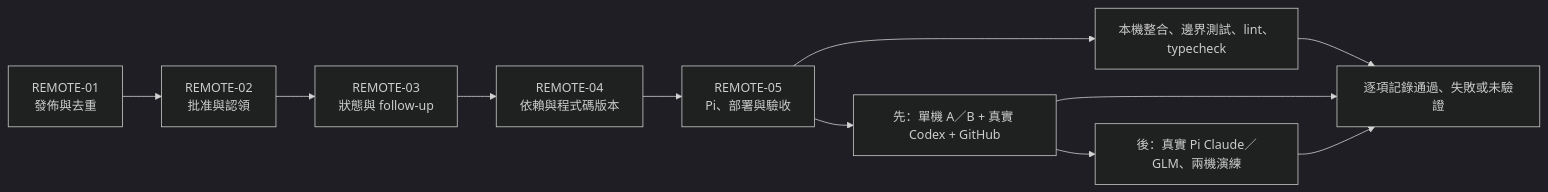
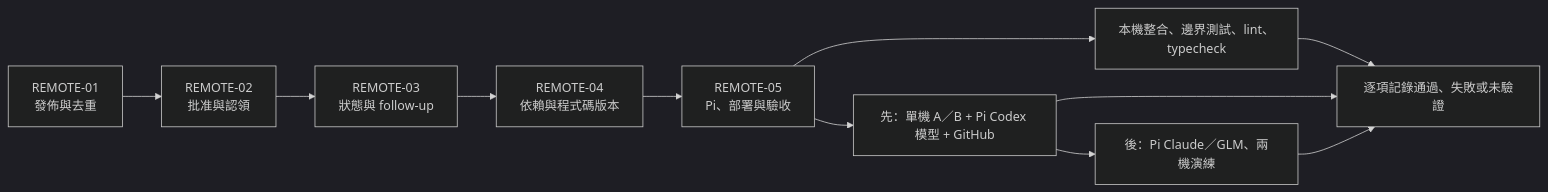
One commit to devos-ing/Roc changed the third of 4 diagrams in docs/design/remote-task-workflow.md. Above: the diagram before and after it, drawn with Mermaid (dark theme). The commit also changed other lines of this file and 40 other files, not shown here.

````diff
--- a/docs/design/remote-task-workflow.md
+++ b/docs/design/remote-task-workflow.md
@@ -46,13 +46,13 @@
 ```mermaid
 flowchart LR
     T1["REMOTE-01<br/>發佈與去重"] --> T2["REMOTE-02<br/>批准與認領"]
     T2 --> T3["REMOTE-03<br/>狀態與 follow-up"]
     T3 --> T4["REMOTE-04<br/>依賴與程式碼版本"]
     T4 --> T5["REMOTE-05<br/>Pi、部署與驗收"]
     T5 --> local["本機整合、邊界測試、lint、typecheck"]
-    T5 --> smoke["先：單機 A／B + 真實 Codex + GitHub"]
-    smoke --> live["後：真實 Pi Claude／GLM、兩機演練"]
+    T5 --> smoke["先：單機 A／B + Pi Codex 模型 + GitHub"]
+    smoke --> live["後：Pi Claude／GLM、兩機演練"]
     local --> report["逐項記錄通過、失敗或未驗證"]
     smoke --> report
     live --> report
 ```
````
